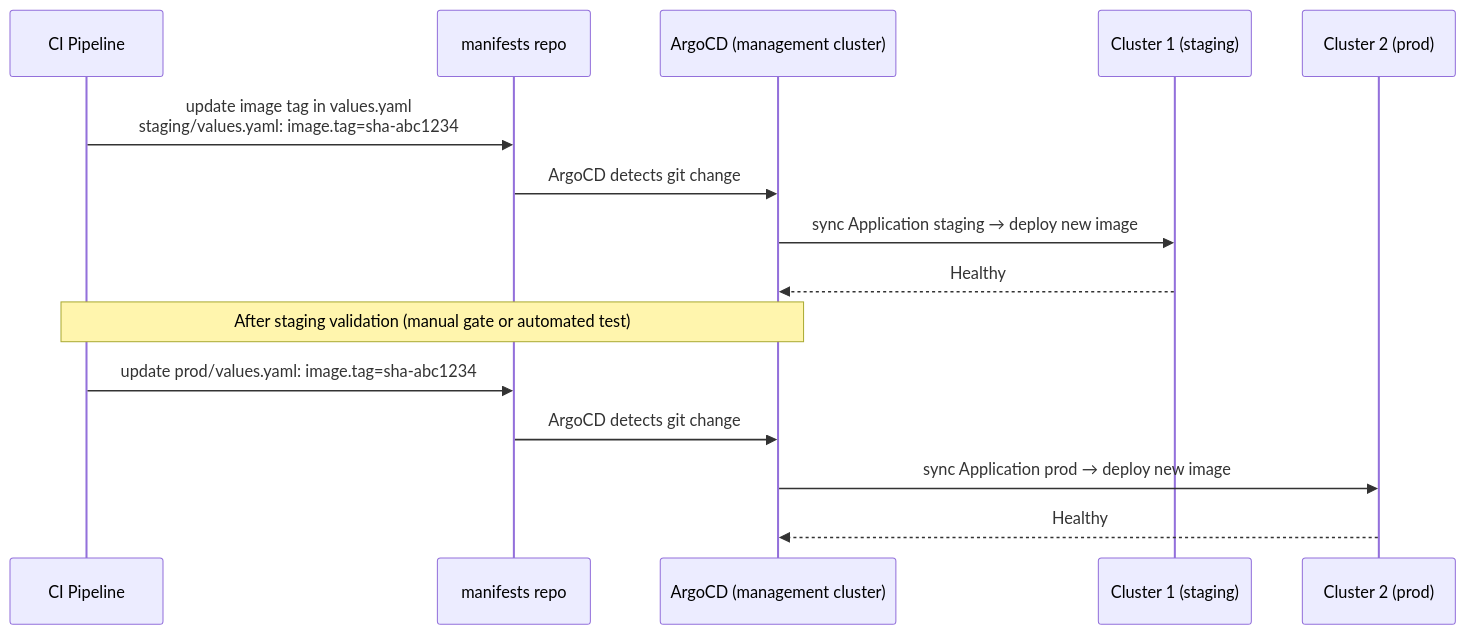
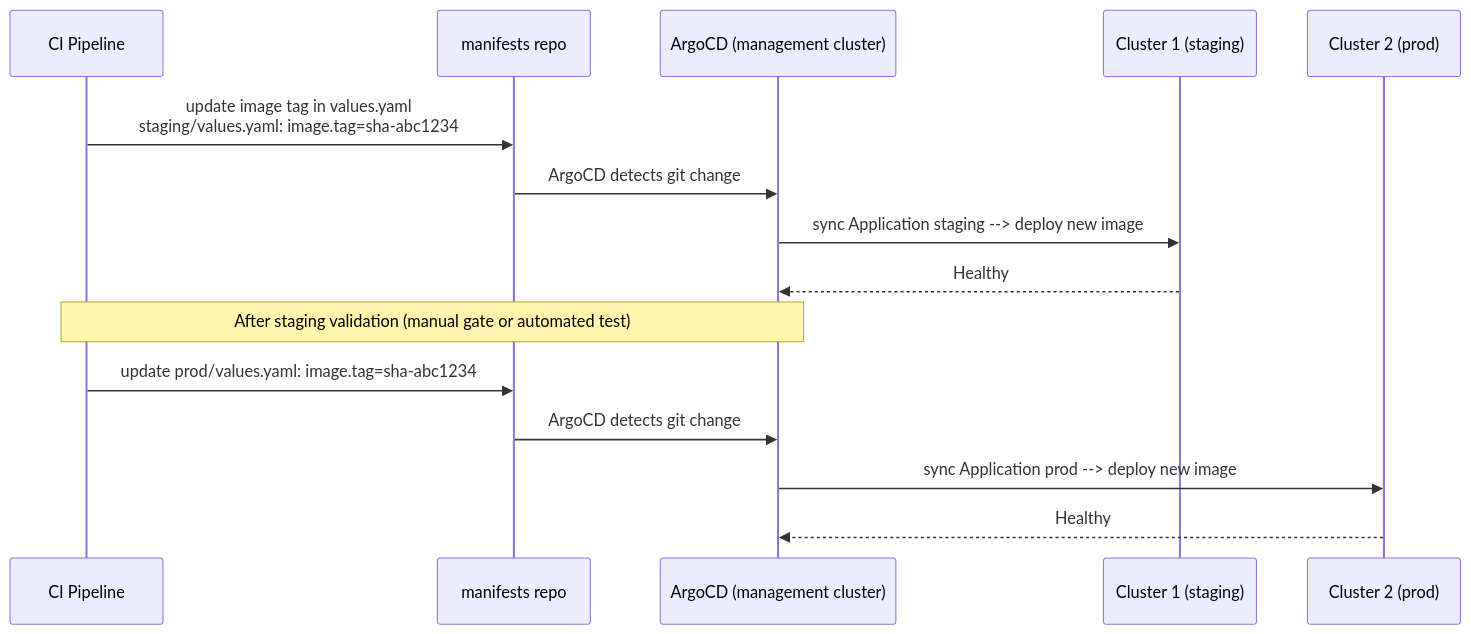
One commit to deepanshu-rawat6/tour-of-go changed the second of 3 diagrams in devops/cicd/pipeline-design.md. Above: the diagram before and after it, drawn with Mermaid. The commit also changed other lines of this file and 25 other files, not shown here.

````diff
--- a/devops/cicd/pipeline-design.md
+++ b/devops/cicd/pipeline-design.md
@@ -91,20 +91,20 @@
 ```mermaid
 sequenceDiagram
     participant CI as CI Pipeline
     participant GIT as manifests repo
     participant ARGO as ArgoCD (management cluster)
     participant C1 as Cluster 1 (staging)
     participant C2 as Cluster 2 (prod)
 
     CI->>GIT: update image tag in values.yaml<br>staging/values.yaml: image.tag=sha-abc1234
     GIT->>ARGO: ArgoCD detects git change
-    ARGO->>C1: sync Application staging → deploy new image
+    ARGO->>C1: sync Application staging --> deploy new image
     C1-->>ARGO: Healthy
 
     Note over CI,ARGO: After staging validation (manual gate or automated test)
 
     CI->>GIT: update prod/values.yaml: image.tag=sha-abc1234
     GIT->>ARGO: ArgoCD detects git change
-    ARGO->>C2: sync Application prod → deploy new image
+    ARGO->>C2: sync Application prod --> deploy new image
     C2-->>ARGO: Healthy
 ```
````
